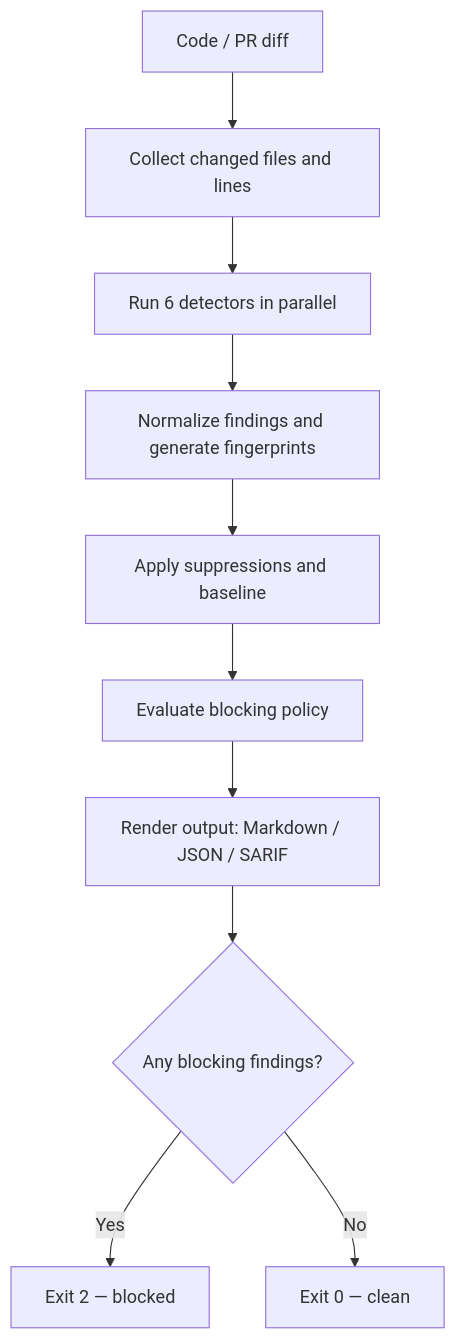
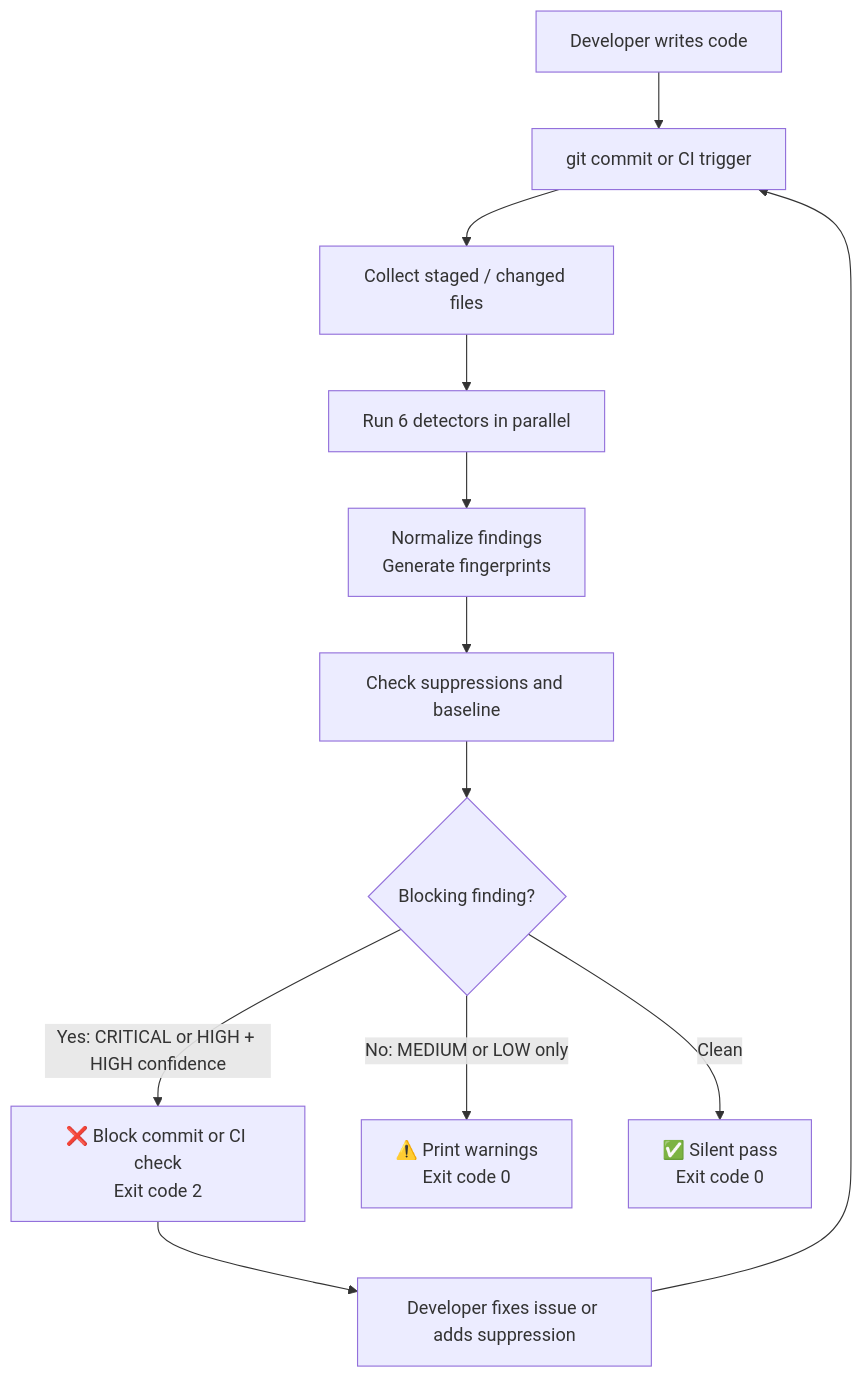
The first of 6 diagrams in README.md (mukta2701/privacy-review-agent), drawn with Mermaid before and after one commit. The commit also changed other lines of this file, not shown here.

````diff
--- a/README.md
+++ b/README.md
@@ -136,12 +53,14 @@
 ```mermaid
 flowchart TD
-    A[Code / PR diff] --> B[Collect changed files and lines]
-    B --> C[Run 6 detectors in parallel]
-    C --> D[Normalize findings and generate fingerprints]
-    D --> E[Apply suppressions and baseline]
-    E --> F[Evaluate blocking policy]
-    F --> G[Render output: Markdown / JSON / SARIF]
-    G --> H{Any blocking findings?}
-    H -- Yes --> I[Exit 2 — blocked]
-    H -- No --> J[Exit 0 — clean]
+    A[Developer writes code] --> B[git commit or CI trigger]
+    B --> C[Collect staged / changed files]
+    C --> D[Run 6 detectors in parallel]
+    D --> E[Normalize findings\nGenerate fingerprints]
+    E --> F[Check suppressions and baseline]
+    F --> G{Blocking finding?}
+    G -- Yes: CRITICAL or HIGH + HIGH confidence --> H[❌ Block commit or CI check\nExit code 2]
+    G -- No: MEDIUM or LOW only --> I[⚠️ Print warnings\nExit code 0]
+    G -- Clean --> J[✅ Silent pass\nExit code 0]
+    H --> K[Developer fixes issue or adds suppression]
+    K --> B
 ```
````
